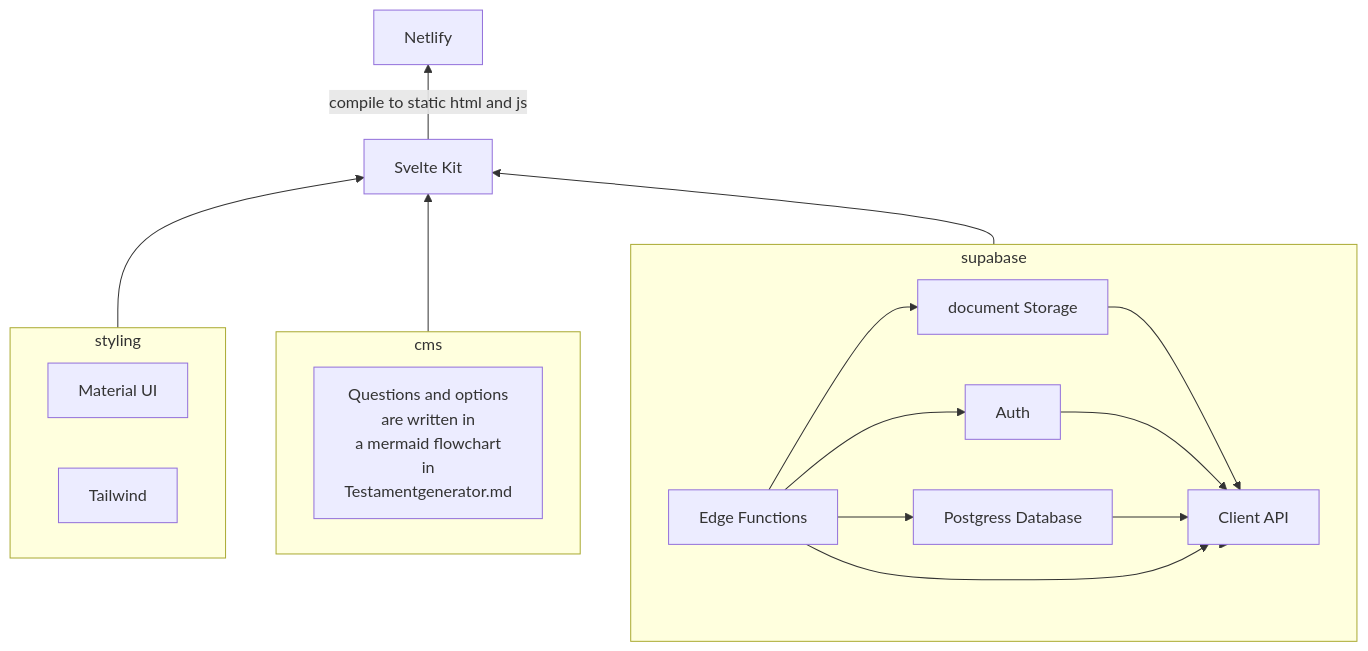
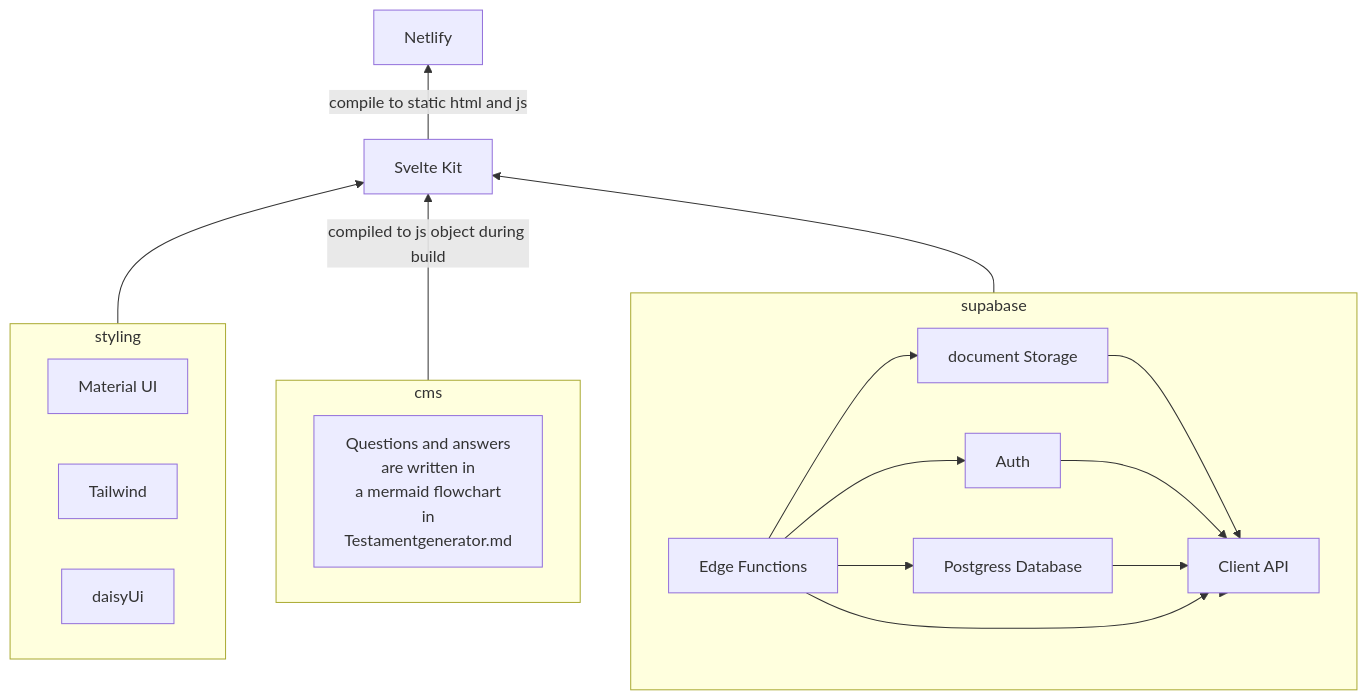
One commit to walkerdustin/beyond-webapp changed the first of 2 diagrams in README.md. Above: the diagram before and after it, drawn with Mermaid. The commit also changed other lines of this file, not shown here.

````diff
--- a/README.md
+++ b/README.md
@@ -126,40 +249,36 @@
 ```mermaid
-graph BT
+flowchart BT
     sk[Svelte Kit]
     netlify[Netlify]
     subgraph supabase
     direction LR
         edge[Edge Functions]
         s-storage[document Storage]
         s-db[Postgress Database]
         client[Client API]
         auth[Auth]
     end
 
     subgraph cms
         direction LR
-        cmsq[Questions and options\n are written in\n a mermaid flowchart\n in\n Testamentgenerator.md]
+        cmsq[Questions and answers \n are written in\n a mermaid flowchart\n in\n Testamentgenerator.md]
     end
     subgraph styling
     direction LR
         smui[Material UI]
         tailwind[Tailwind]
+        daisyUi
     end
     styling --> sk
     sk --compile to static html and js --> netlify
     client --> supabase
     client --> sk
-    cmsq --> sk
+    cmsq --compiled to js object during build --> sk
     s-storage --> client
     auth --> client
     s-db --> client
     edge --> client
     edge --> s-storage
     edge --> s-db
     edge --> auth
-
-
-
-
-
 ```
````
